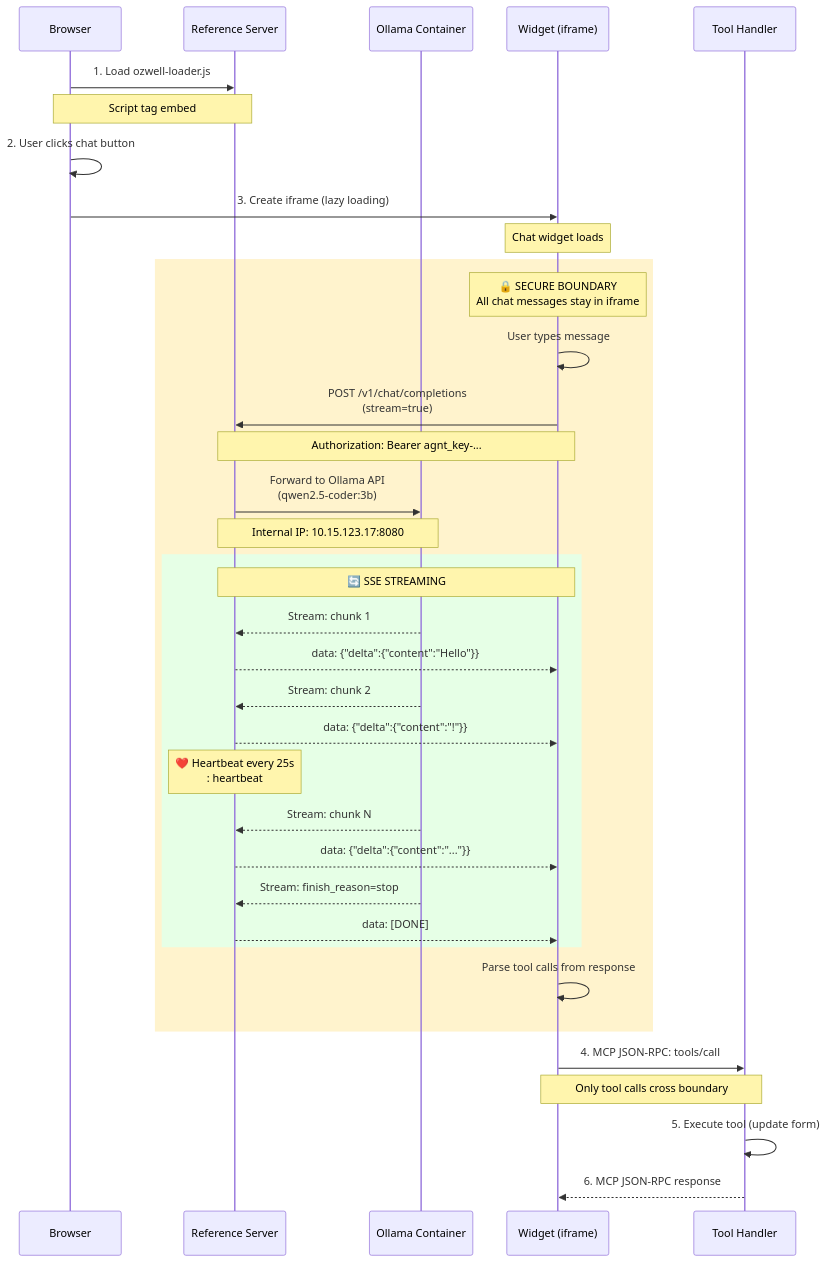
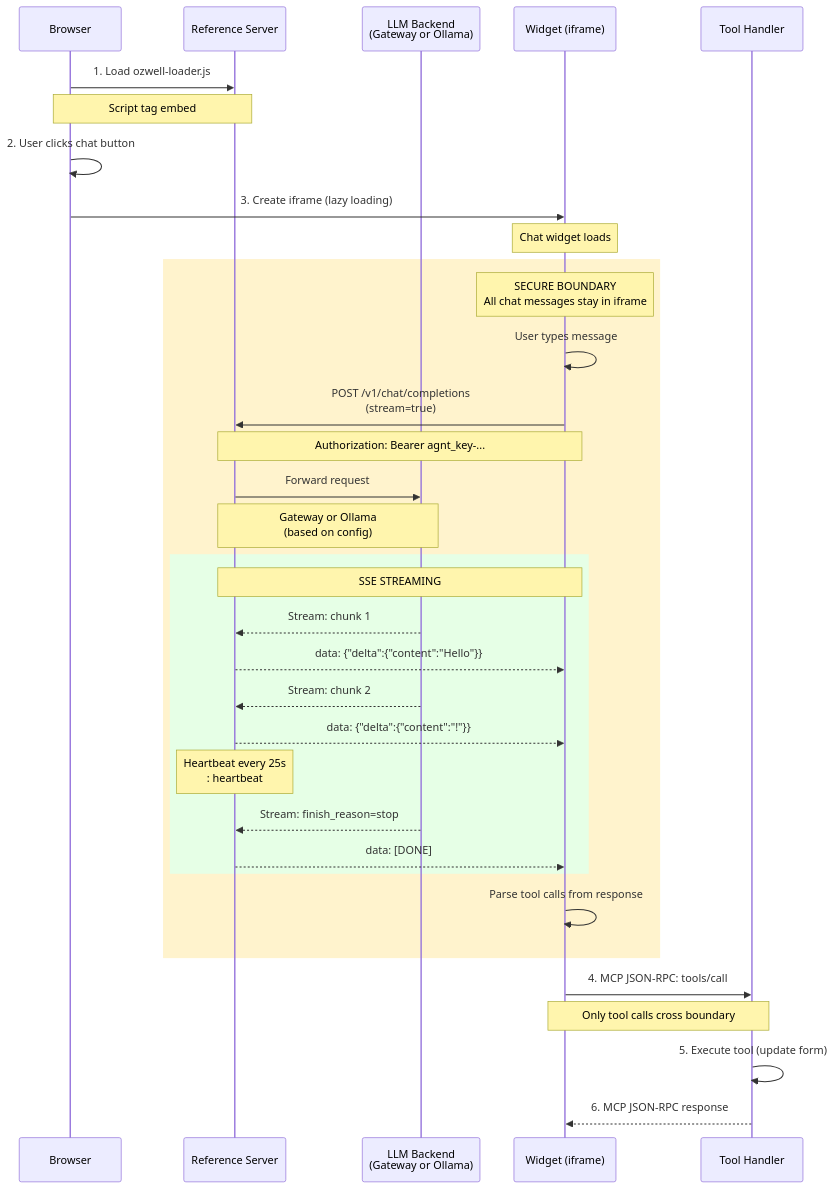
The first of 2 diagrams in reference-server/README.md (mieweb/ozwellai-api), drawn with Mermaid before and after one commit. The commit also changed other lines of this file and 2 other files, not shown here.

Commit message:
docs: rewrite backend routing docs, fix whitespace noise

````diff
--- a/reference-server/README.md
+++ b/reference-server/README.md
@@ -25,46 +36,44 @@
 ```mermaid
 sequenceDiagram
     participant Browser
     participant Ozwell as Reference Server
-    participant Ollama as Ollama Container
+    participant LLM as LLM Backend<br/>(Gateway or Ollama)
     participant Widget as Widget (iframe)
     participant Handler as Tool Handler
 
     Browser->>Ozwell: 1. Load ozwell-loader.js
     Note over Browser,Ozwell: Script tag embed
 
     Browser->>Browser: 2. User clicks chat button
     Browser->>Widget: 3. Create iframe (lazy loading)
     Note over Widget: Chat widget loads
 
     rect rgb(255, 243, 205)
-    Note over Widget: 🔒 SECURE BOUNDARY<br />All chat messages stay in iframe
+    Note over Widget: SECURE BOUNDARY<br/>All chat messages stay in iframe
     Widget->>Widget: User types message
-    Widget->>Ozwell: POST /v1/chat/completions<br />(stream=true)
+    Widget->>Ozwell: POST /v1/chat/completions<br/>(stream=true)
     Note over Widget,Ozwell: Authorization: Bearer agnt_key-...
 
-    Ozwell->>Ollama: Forward to Ollama API<br />(qwen2.5-coder:3b)
-    Note over Ozwell,Ollama: Internal IP: 10.15.123.17:8080
+    Ozwell->>LLM: Forward request
+    Note over Ozwell,LLM: Gateway or Ollama<br/>(based on config)
 
     rect rgb(230, 255, 230)
-    Note over Ozwell,Widget: 🔄 SSE STREAMING
-    Ollama-->>Ozwell: Stream: chunk 1
+    Note over Ozwell,Widget: SSE STREAMING
+    LLM-->>Ozwell: Stream: chunk 1
     Ozwell-->>Widget: data: {"delta":{"content":"Hello"}}
-    Ollama-->>Ozwell: Stream: chunk 2
+    LLM-->>Ozwell: Stream: chunk 2
     Ozwell-->>Widget: data: {"delta":{"content":"!"}}
-    Note over Ozwell: ❤️ Heartbeat every 25s<br />: heartbeat
-    Ollama-->>Ozwell: Stream: chunk N
-    Ozwell-->>Widget: data: {"delta":{"content":"..."}}
-    Ollama-->>Ozwell: Stream: finish_reason=stop
+    Note over Ozwell: Heartbeat every 25s<br/>: heartbeat
+    LLM-->>Ozwell: Stream: finish_reason=stop
     Ozwell-->>Widget: data: [DONE]
     end
 
     Widget->>Widget: Parse tool calls from response
     end
 
     Widget->>Handler: 4. MCP JSON-RPC: tools/call
     Note over Widget,Handler: Only tool calls cross boundary
     Handler->>Handler: 5. Execute tool (update form)
 
     Handler-->>Widget: 6. MCP JSON-RPC response
 ```
````
